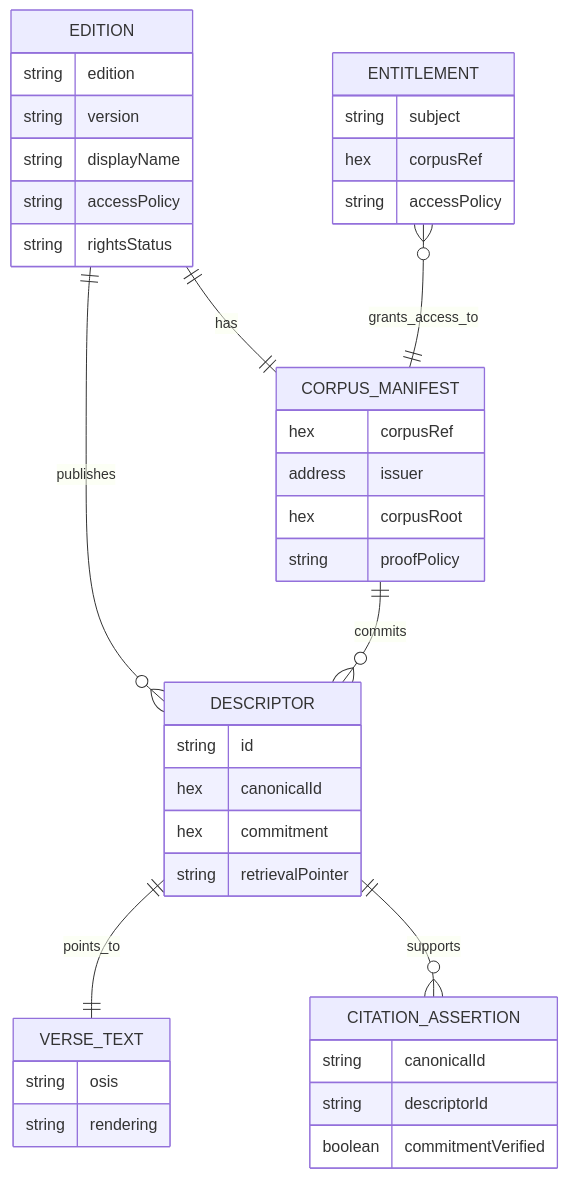
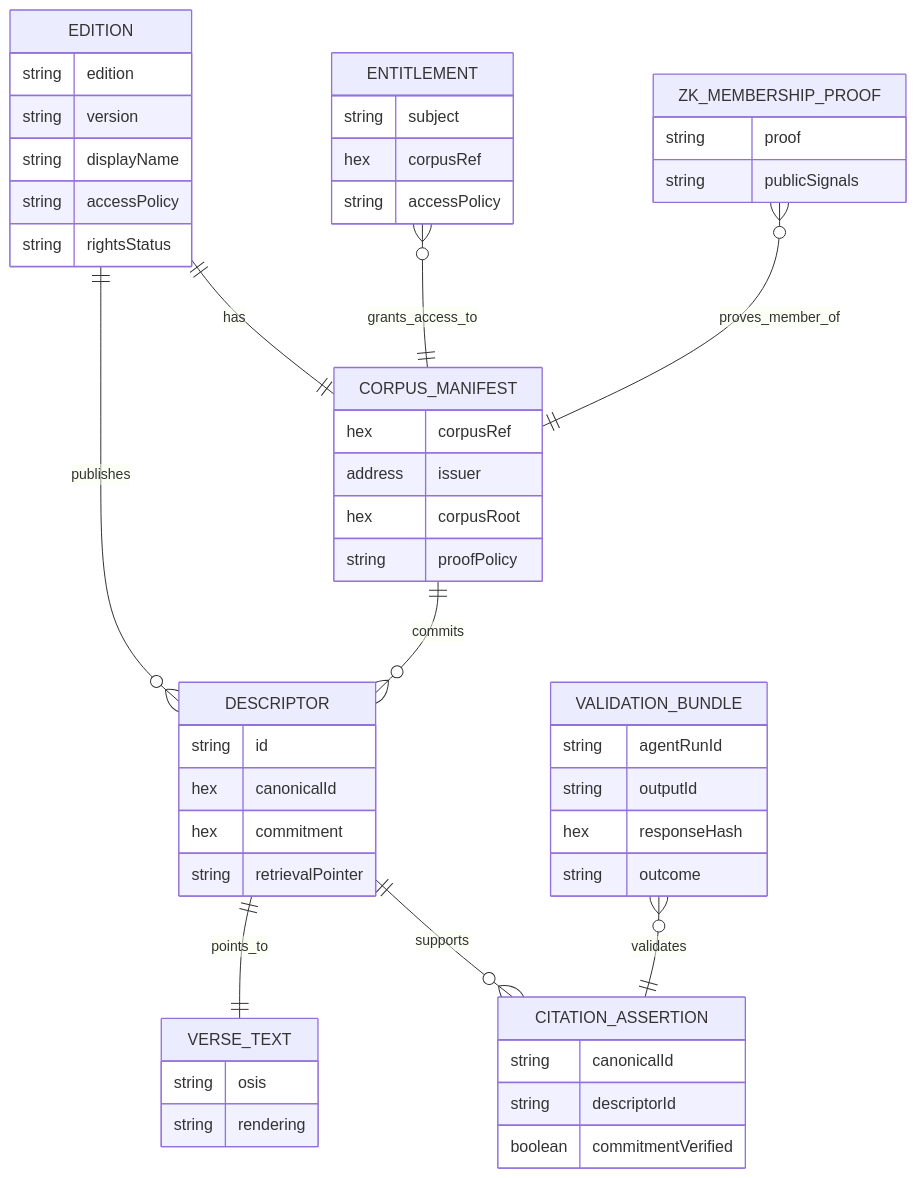
The sixth of 6 diagrams in documents/system-architecture.md (rpedersen3/verifiable-content-demo), drawn with Mermaid before and after one commit. The commit also changed other lines of this file and 9 other files, not shown here.

````diff
--- a/documents/system-architecture.md
+++ b/documents/system-architecture.md
@@ -135,43 +177,55 @@
 ```mermaid
 erDiagram
   EDITION ||--o{ DESCRIPTOR : publishes
   EDITION ||--|| CORPUS_MANIFEST : has
   CORPUS_MANIFEST ||--o{ DESCRIPTOR : commits
   DESCRIPTOR ||--|| VERSE_TEXT : points_to
   DESCRIPTOR ||--o{ CITATION_ASSERTION : supports
   ENTITLEMENT }o--|| CORPUS_MANIFEST : grants_access_to
+  VALIDATION_BUNDLE }o--|| CITATION_ASSERTION : validates
+  ZK_MEMBERSHIP_PROOF }o--|| CORPUS_MANIFEST : proves_member_of
 
   EDITION {
     string edition
     string version
     string displayName
     string accessPolicy
     string rightsStatus
   }
   CORPUS_MANIFEST {
     hex corpusRef
     address issuer
     hex corpusRoot
     string proofPolicy
   }
   DESCRIPTOR {
     string id
     hex canonicalId
     hex commitment
     string retrievalPointer
   }
   VERSE_TEXT {
     string osis
     string rendering
   }
   CITATION_ASSERTION {
     string canonicalId
     string descriptorId
     boolean commitmentVerified
   }
   ENTITLEMENT {
     string subject
     hex corpusRef
     string accessPolicy
   }
+  VALIDATION_BUNDLE {
+    string agentRunId
+    string outputId
+    hex responseHash
+    string outcome
+  }
+  ZK_MEMBERSHIP_PROOF {
+    string proof
+    string publicSignals
+  }
 ```
````
